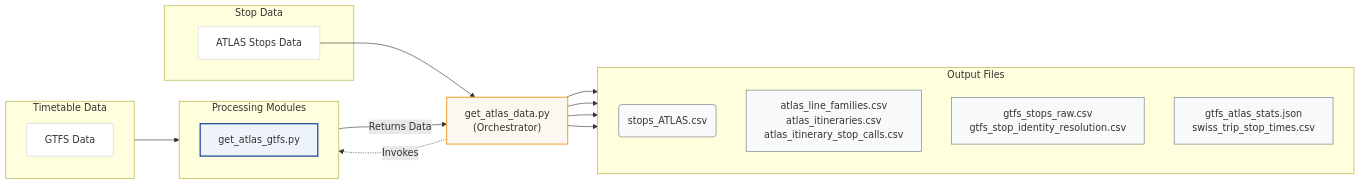
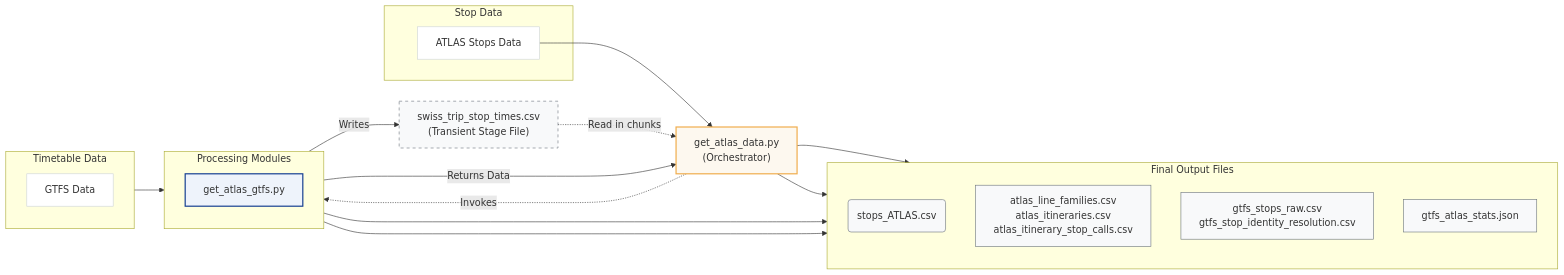
One commit to openTdataCH/stop_sync_osm_atlas changed the first of 2 diagrams in documentation/1. Download and process data.md. Above: the diagram before and after it, drawn with Mermaid. The commit also changed 28 other files, not shown here.

````diff
--- a/documentation/1. Download and process data.md
+++ b/documentation/1. Download and process data.md
@@ -21,39 +21,44 @@
 ```mermaid
 flowchart LR
     classDef plain fill:#fff,stroke:#ced4da,stroke-width:1px;
     classDef script fill:#eef3fb,stroke:#174092,stroke-width:2px;
     classDef orch fill:#fdf8ef,stroke:#F0AD4E,stroke-width:2px;
     classDef file fill:#f8f9fa,stroke:#6c757d,stroke-width:1px;
+    classDef transient fill:#f8f9fa,stroke:#6c757d,stroke-width:1px,stroke-dasharray: 5 5;
 
     subgraph StopSrc ["Stop Data"]
         AT[ATLAS Stops Data]:::plain
     end
 
     subgraph TimeSrc ["Timetable Data"]
         direction TB
         GT[GTFS Data]:::plain
     end
 
     SA["get_atlas_data.py\n(Orchestrator)"]:::orch
 
     subgraph Modules ["Processing Modules"]
         direction TB
         SG[get_atlas_gtfs.py]:::script
     end
 
-    subgraph Outputs ["Output Files"]
+    ST["swiss_trip_stop_times.csv\n(Transient Stage File)"]:::transient
+
+    subgraph Outputs ["Final Output Files"]
         direction TB
         PA(stops_ATLAS.csv):::file
         PR["atlas_line_families.csv<br/>atlas_itineraries.csv<br/>atlas_itinerary_stop_calls.csv"]:::file
         PG["gtfs_stops_raw.csv<br/>gtfs_stop_identity_resolution.csv"]:::file
-        PS["gtfs_atlas_stats.json<br/>swiss_trip_stop_times.csv"]:::file
+        PS["gtfs_atlas_stats.json"]:::file
     end
 
     AT --> SA --> PA
     GT --> SG
     SA -.->|Invokes| SG
+    SG -->|Writes| ST
+    ST -.->|Read in chunks| SA
     SG -->|Returns Data| SA
     SA --> PR
-    SA --> PG
-    SA --> PS
+    SG --> PG
+    SG --> PS
 ```
````
